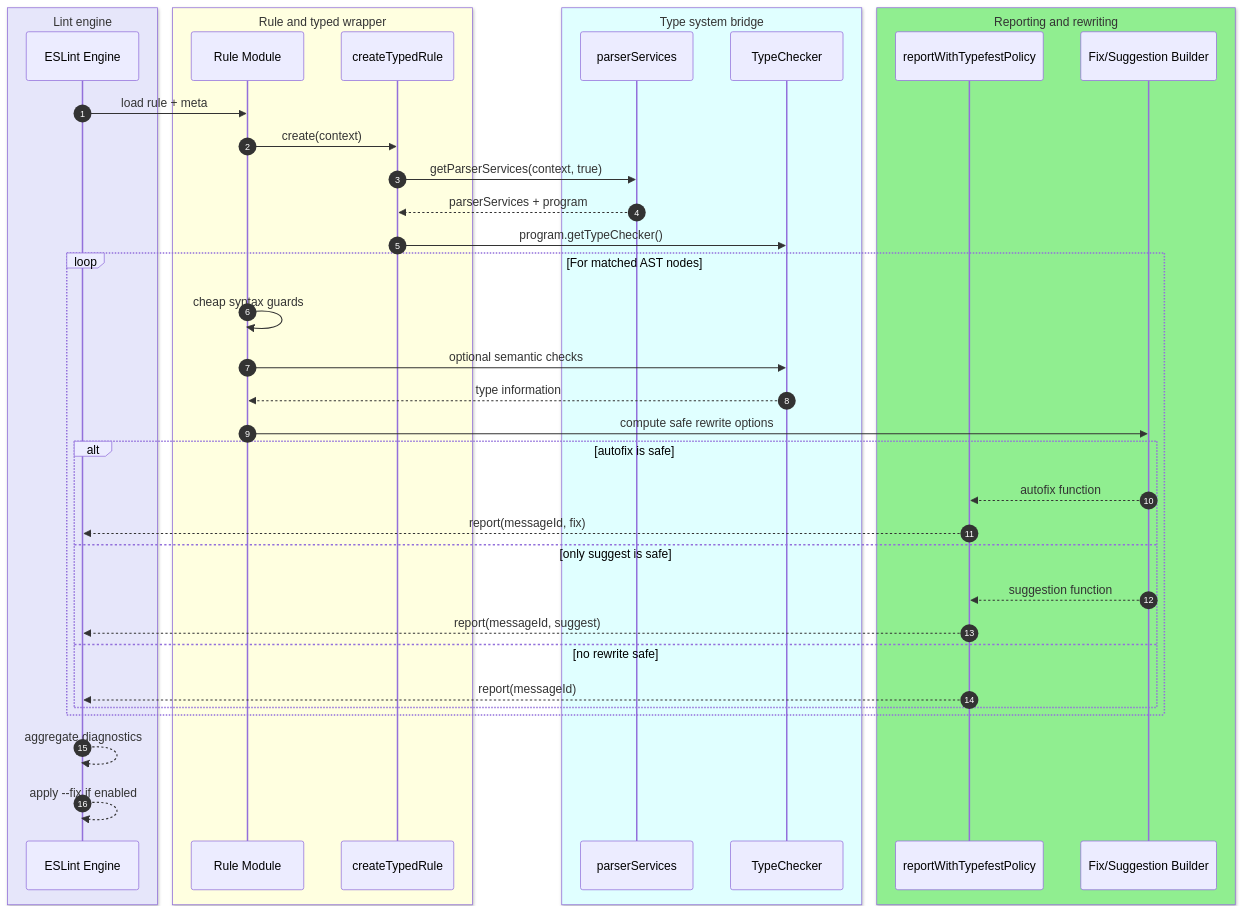
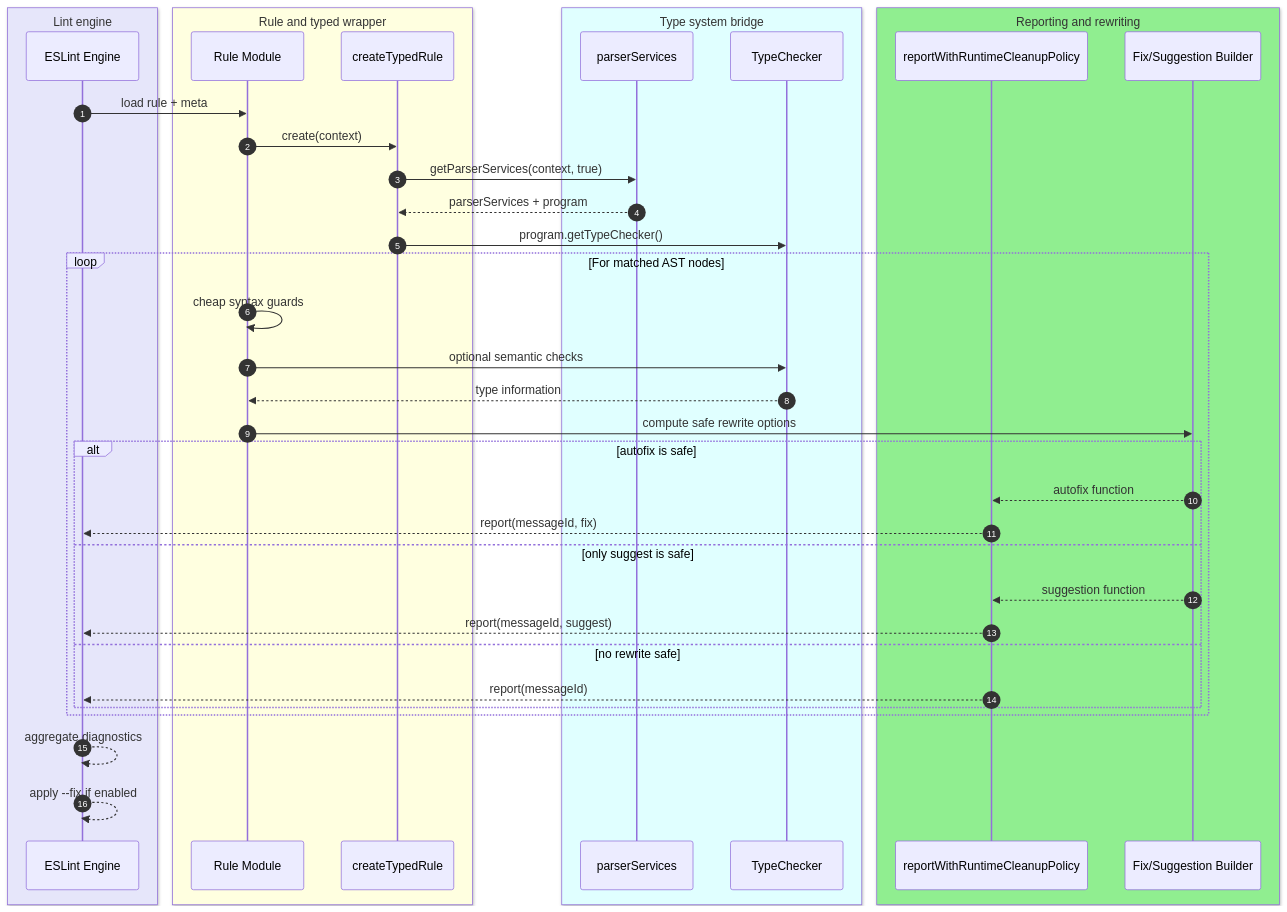
Before and after one commit to Nick2bad4u/eslint-plugin-runtime-cleanup: the diagram in docs/docusaurus/site-docs/developer/charts/rule-lifecycle-and-autofix-flow.md, drawn with Mermaid. The commit also changed 814 other files, not shown here.

````diff
--- a/docs/docusaurus/site-docs/developer/charts/rule-lifecycle-and-autofix-flow.md
+++ b/docs/docusaurus/site-docs/developer/charts/rule-lifecycle-and-autofix-flow.md
@@ -11,44 +11,44 @@
 ```mermaid
 sequenceDiagram
     autonumber
     box Lavender Lint engine
     participant ESLint as ESLint Engine
     end
     box LightYellow Rule and typed wrapper
     participant Rule as Rule Module
     participant Typed as createTypedRule
     end
     box LightCyan Type system bridge
     participant Parser as parserServices
     participant TS as TypeChecker
     end
     box LightGreen Reporting and rewriting
-    participant Report as reportWithTypefestPolicy
+    participant Report as reportWithRuntimeCleanupPolicy
     participant Fix as Fix/Suggestion Builder
     end
 
     ESLint->>Rule: load rule + meta
     Rule->>Typed: create(context)
     Typed->>Parser: getParserServices(context, true)
     Parser-->>Typed: parserServices + program
     Typed->>TS: program.getTypeChecker()
 
     loop For matched AST nodes
         Rule->>Rule: cheap syntax guards
         Rule->>TS: optional semantic checks
         TS-->>Rule: type information
         Rule->>Fix: compute safe rewrite options
         alt autofix is safe
             Fix-->>Report: autofix function
             Report-->>ESLint: report(messageId, fix)
         else only suggest is safe
             Fix-->>Report: suggestion function
             Report-->>ESLint: report(messageId, suggest)
         else no rewrite safe
             Report-->>ESLint: report(messageId)
         end
     end
 
     ESLint-->>ESLint: aggregate diagnostics
     ESLint-->>ESLint: apply --fix if enabled
 ```
````
